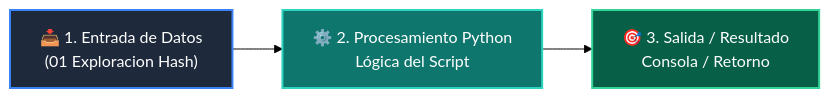
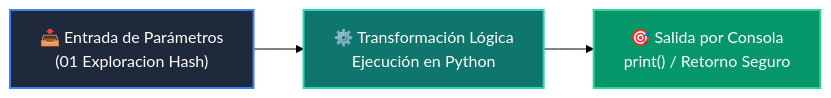
One commit to wisrovi/wisrovi-python changed the diagram in 02-algoritmos-estructuras/clase-03-tablas-hash-y-sets/ejemplos/ejemplo_01_exploracion_hash/README.md. Above: the diagram before and after it, drawn with Mermaid (forest theme). The commit also changed other lines of this file and 226 other files, not shown here.

Commit message:
docs: elevate all repository READMEs to world-class mastery standard with rich pedagogical architecture, custom Mermaids, and professional styling

````diff
--- a/02-algoritmos-estructuras/clase-03-tablas-hash-y-sets/ejemplos/ejemplo_01_exploracion_hash/README.md
+++ b/02-algoritmos-estructuras/clase-03-tablas-hash-y-sets/ejemplos/ejemplo_01_exploracion_hash/README.md
@@ -12,9 +19,9 @@
 ```mermaid
 flowchart LR
-    A["📥 1. Entrada de Datos<br/>(01 Exploracion Hash)"] --> B["⚙️ 2. Procesamiento Python<br/>Lógica del Script"]
-    B --> C["🎯 3. Salida / Resultado<br/>Consola / Retorno"]
+    A["📥 Entrada de Parámetros<br/>(01 Exploracion Hash)"] --> B["⚙️ Transformación Lógica<br/>Ejecución en Python"]
+    B --> C["🎯 Salida por Consola<br/>print() / Retorno Seguro"]
 
-    style A fill:#1e293b,color:#fff,stroke:#3b82f6,stroke-width:2px
-    style B fill:#0f766e,color:#fff,stroke:#2dd4bf,stroke-width:2px
-    style C fill:#065f46,color:#fff,stroke:#34d399,stroke-width:2px
+    style A fill:#1e293b,color:#ffffff,stroke:#3b82f6,stroke-width:2px
+    style B fill:#0f766e,color:#ffffff,stroke:#2dd4bf,stroke-width:2px
+    style C fill:#059669,color:#ffffff,stroke:#34d399,stroke-width:2px
 ```
````
